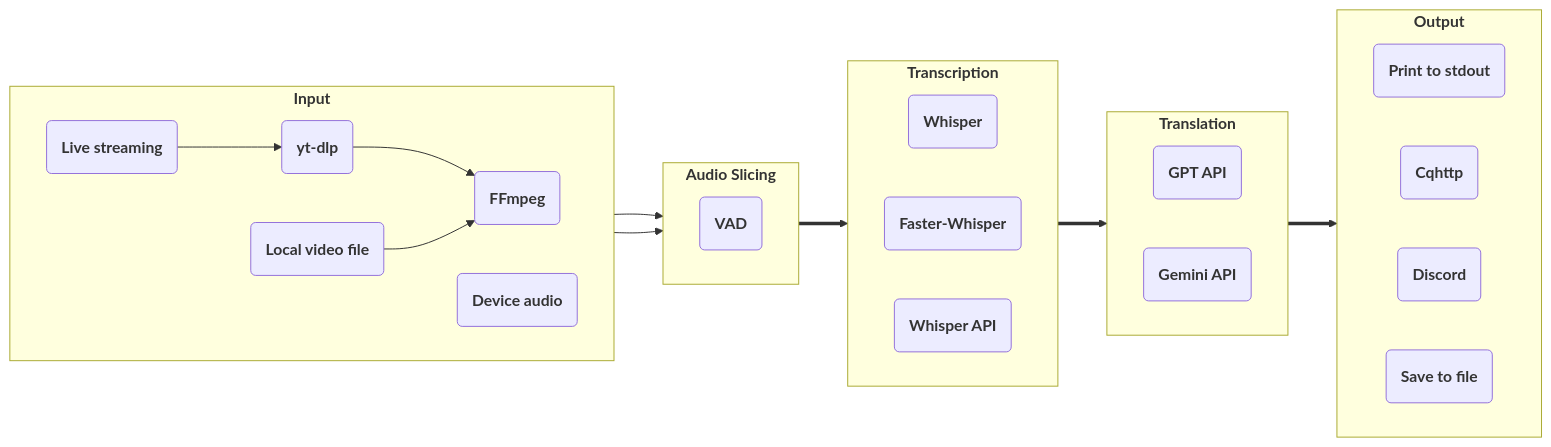
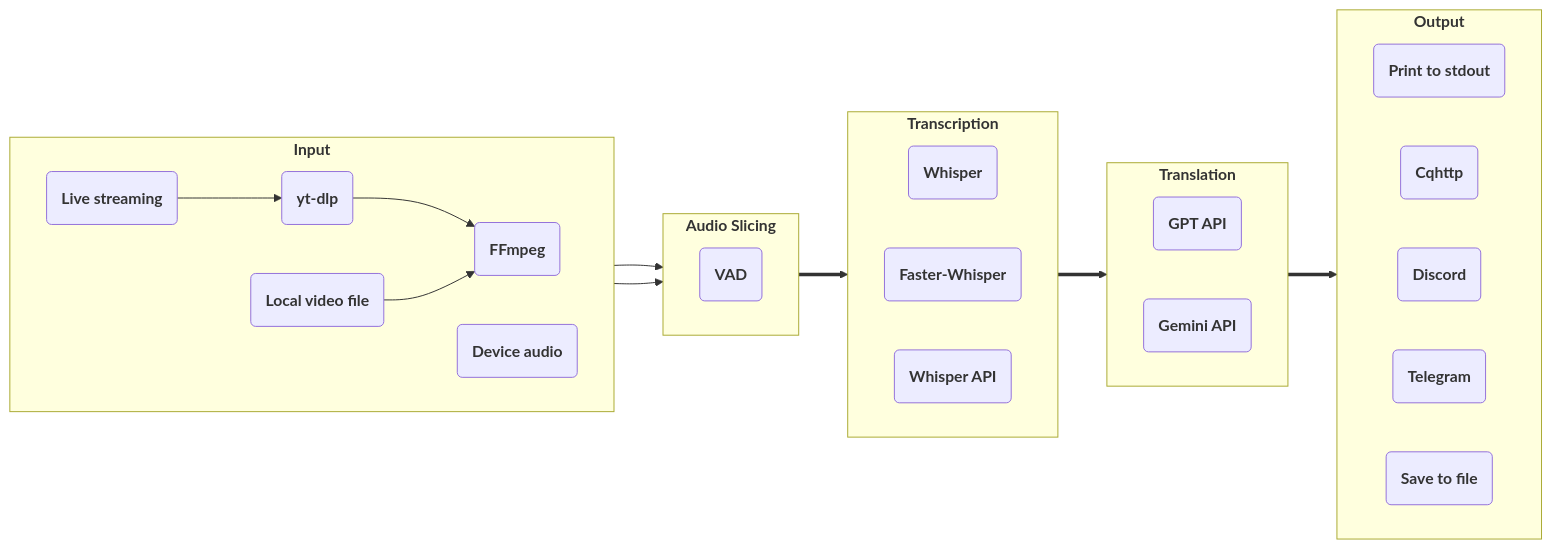
One commit to whizyre/stream-translator-gpt-deepseek changed the diagram in README.md. Above: the diagram before and after it, drawn with Mermaid. The commit also changed other lines of this file and 1 other file, not shown here.

````diff
--- a/README.md
+++ b/README.md
@@ -7,41 +7,42 @@
 ```mermaid
 flowchart LR
     subgraph ga["`**Input**`"]
         direction LR
         aa("`**FFmpeg**`")
         ab("`**Device audio**`")
         ac("`**yt-dlp**`")
         ad("`**Local video file**`")
         ae("`**Live streaming**`")
         ac --> aa
         ad --> aa
         ae --> ac
     end
     subgraph gb["`**Audio Slicing**`"]
         direction LR
         ba("`**VAD**`")
     end
     subgraph gc["`**Transcription**`"]
         direction LR
         ca("`**Whisper**`")
         cb("`**Faster-Whisper**`")
         cc("`**Whisper API**`")
     end
     subgraph gd["`**Translation**`"]
         direction LR
         da("`**GPT API**`")
         db("`**Gemini API**`")
     end
     subgraph ge["`**Output**`"]
         direction LR
         ea("`**Print to stdout**`")
         eb("`**Cqhttp**`")
         ec("`**Discord**`")
-        ed("`**Save to file**`")
+        ed("`**Telegram**`")
+        ee("`**Save to file**`")
     end
     aa --> gb
     ab --> gb
     gb ==> gc
     gc ==> gd
     gd ==> ge
 ```
````
